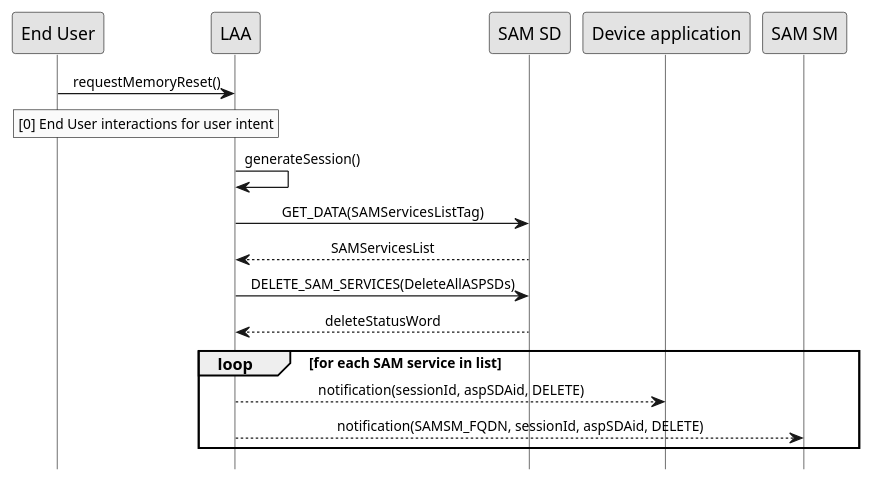
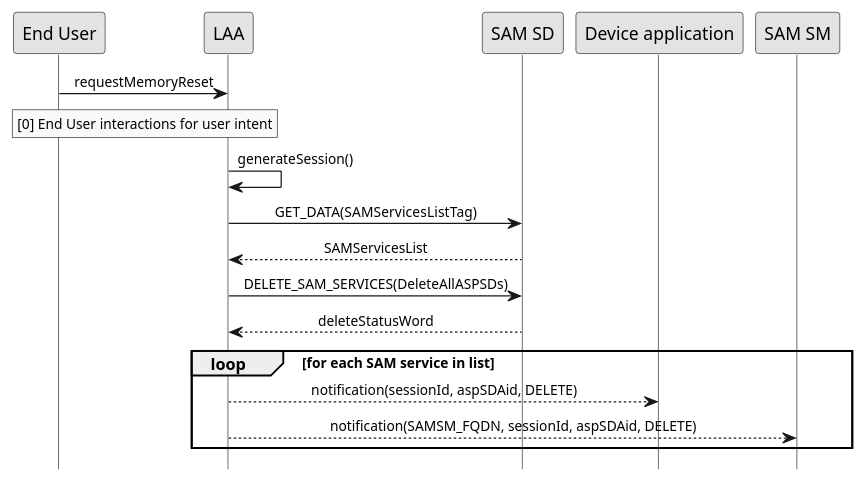
The diagram in doc/uml/reset.pu (gaelrgerard/laa), drawn with PlantUML before and after one commit. The commit also changed 2 other files, not shown here.

```diff
--- a/doc/uml/reset.pu
+++ b/doc/uml/reset.pu
@@ -2,32 +2,32 @@
 @startuml
  
 hide footbox
 skinparam sequenceMessageAlign center
 skinparam sequenceArrowFontSize 11
 skinparam noteFontSize 11
 skinparam monochrome true
 skinparam lifelinestrategy solid
  
-"End User" -> "LAA" : requestMemoryReset()
+"End User" -> "LAA" : requestMemoryReset
 
  
 rnote over "LAA", "End User"
      [0] End User interactions for user intent
 end rnote
 
 LAA -> LAA : generateSession()
 
 LAA -> "SAM SD" : GET_DATA(SAMServicesListTag)
 "SAM SD" --> LAA : SAMServicesList  
 
 "LAA" -> "SAM SD" : DELETE_SAM_SERVICES(DeleteAllASPSDs) 
 "SAM SD" --> LAA : deleteStatusWord
 
 loop for each SAM service in list
  
 LAA --> "Device application" : notification(sessionId, aspSDAid, DELETE)
  
 LAA --> "SAM SM" : notification(SAMSM_FQDN, sessionId, aspSDAid, DELETE)
 end loop
 
 @enduml
```
